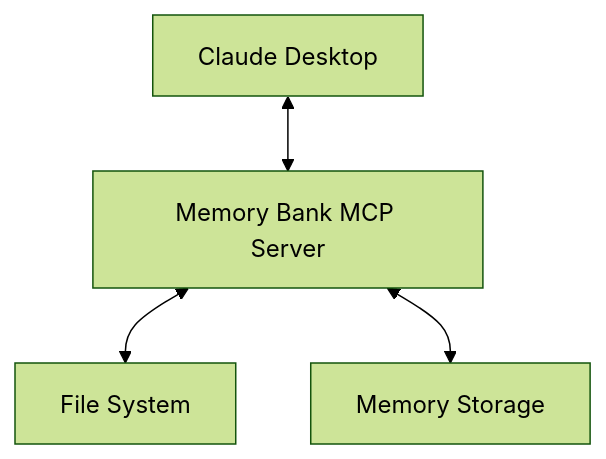
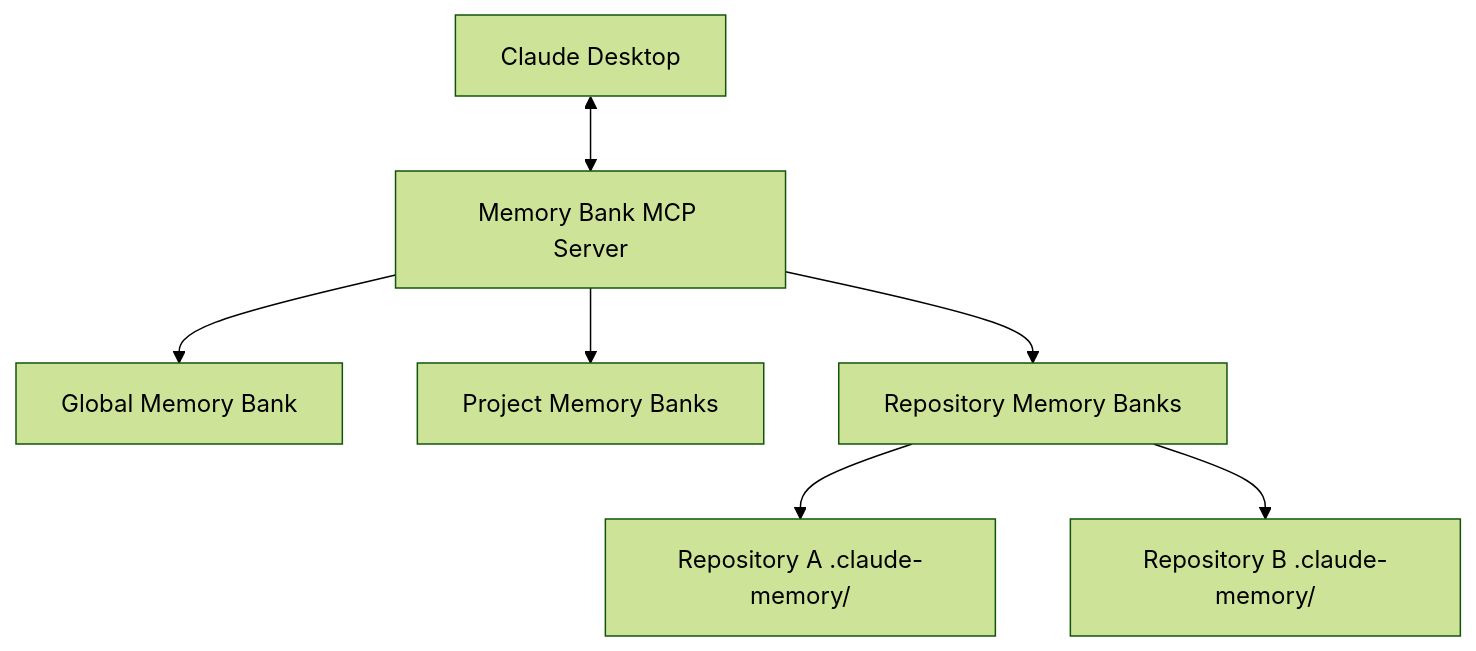
The diagram in README.md (philippe-guerit/claude-desktop-memory-bank), drawn with Mermaid (forest theme) before and after one commit. The commit also changed other lines of this file and 3 other files, not shown here.

Commit message:
improve design to support project based memory bank

````diff
--- a/README.md
+++ b/README.md
@@ -9,6 +13,10 @@
 ```mermaid
 flowchart TD
     Claude[Claude Desktop] <--> CMCP[Memory Bank MCP Server]
-    CMCP <--> FS[File System]
-    CMCP <--> MB[Memory Storage]
+    CMCP --> Global[Global Memory Bank]
+    CMCP --> Project[Project Memory Banks]
+    CMCP --> Repo[Repository Memory Banks]
+    
+    Repo --> RepoA[Repository A .claude-memory/]
+    Repo --> RepoB[Repository B .claude-memory/]
 ```
````
